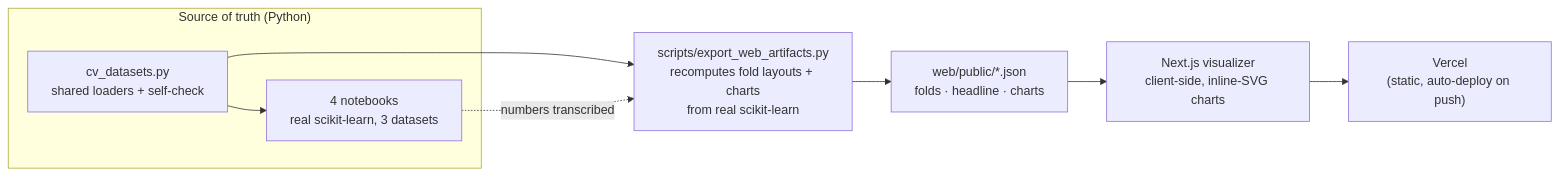
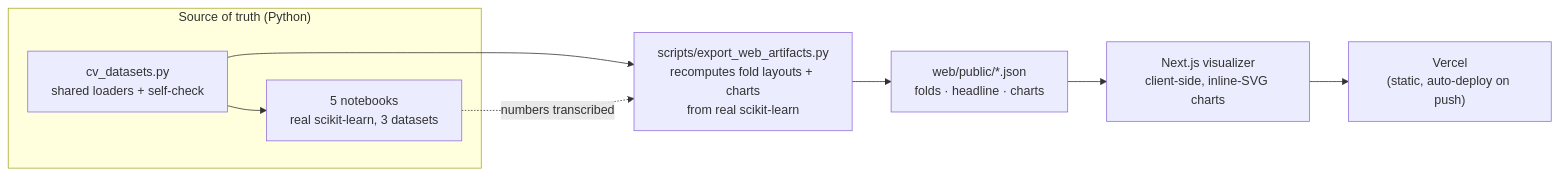
One commit to shiva-shivanibokka/All-About-Cross-Validation changed the diagram in README.md. Above: the diagram before and after it, drawn with Mermaid. The commit also changed other lines of this file and 14 other files, not shown here.

````diff
--- a/README.md
+++ b/README.md
@@ -130,13 +135,13 @@
 ```mermaid
 flowchart LR
     subgraph src["Source of truth (Python)"]
         DS["cv_datasets.py<br/>shared loaders + self-check"]
-        NB["4 notebooks<br/>real scikit-learn, 3 datasets"]
+        NB["5 notebooks<br/>real scikit-learn, 3 datasets"]
     end
     DS --> NB
     DS --> EXP["scripts/export_web_artifacts.py<br/>recomputes fold layouts + charts<br/>from real scikit-learn"]
     NB -. numbers transcribed .-> EXP
     EXP --> JSON["web/public/*.json<br/>folds · headline · charts"]
     JSON --> APP["Next.js visualizer<br/>client-side, inline-SVG charts"]
     APP --> VER["Vercel<br/>(static, auto-deploy on push)"]
 ```
````
